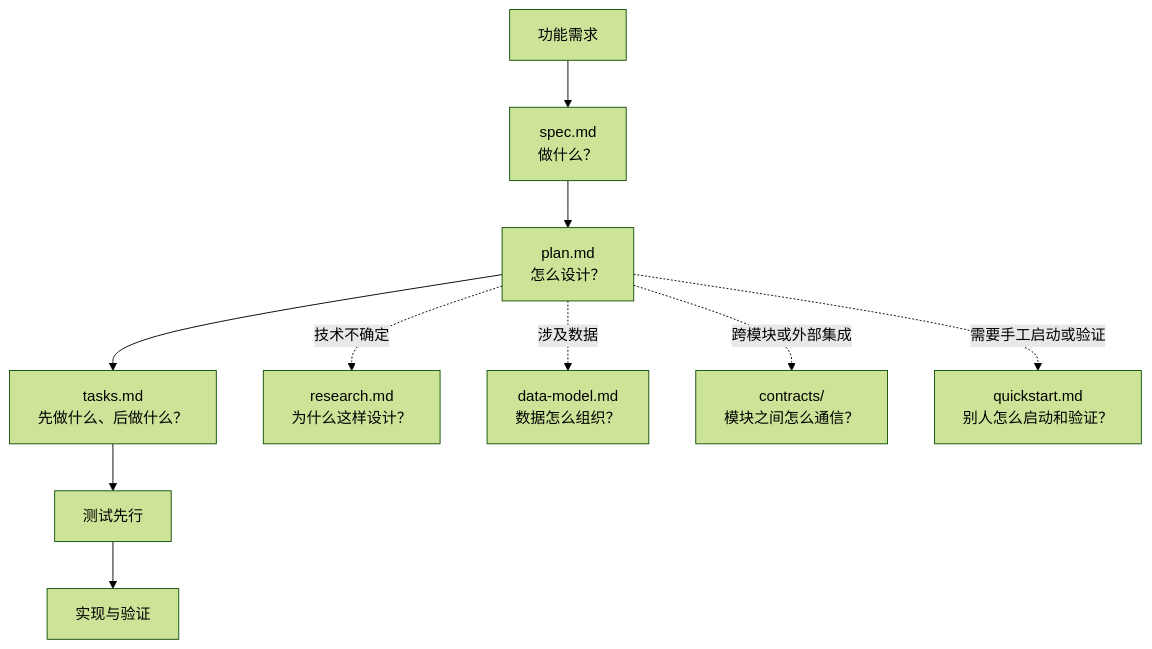
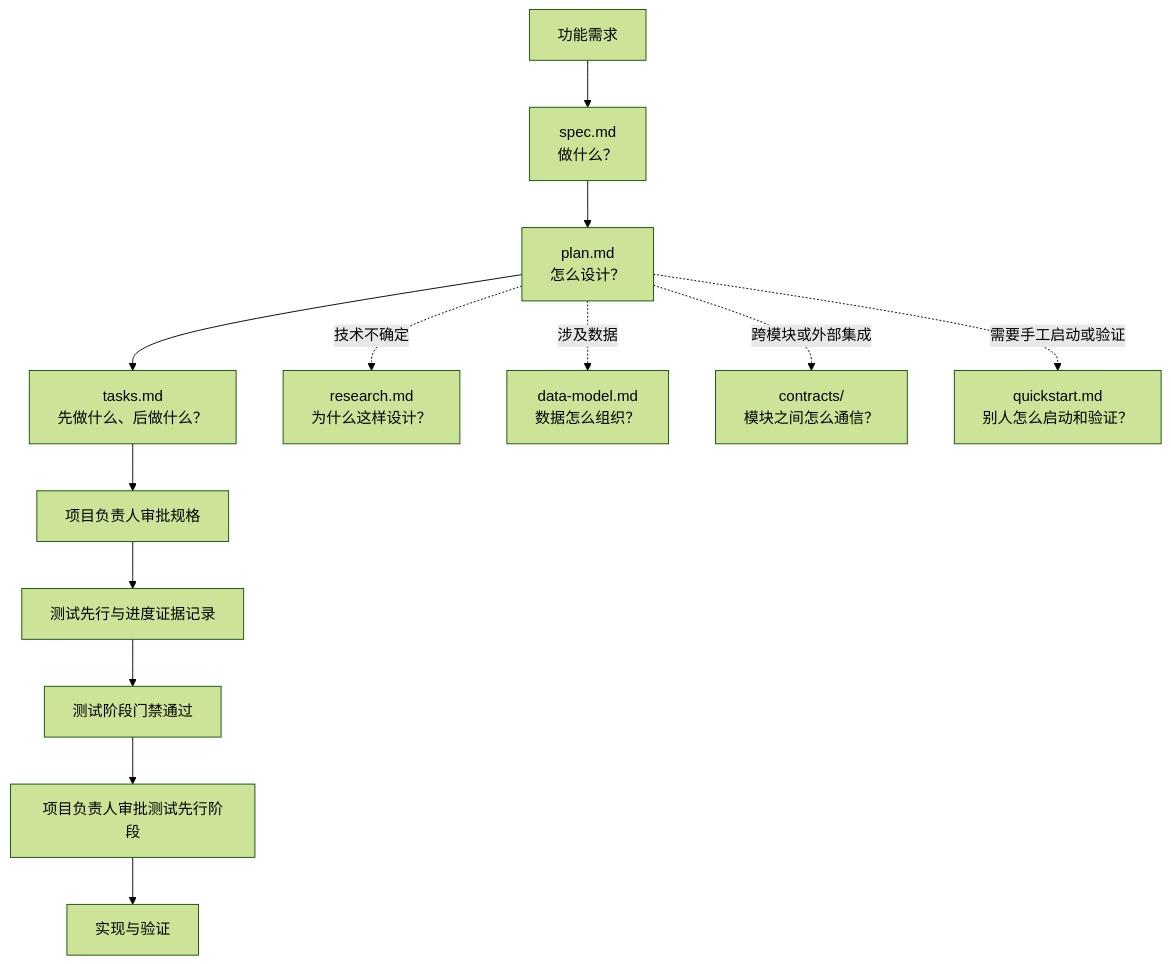
Before and after one commit to yxyxy666/export-flow: the diagram in README.md, drawn with Mermaid (forest theme). The commit also changed other lines of this file and 8 other files, not shown here.

````diff
--- a/README.md
+++ b/README.md
@@ -97,13 +98,16 @@
 ```mermaid
 flowchart TD
     A[功能需求] --> B[spec.md<br/>做什么？]
     B --> C[plan.md<br/>怎么设计？]
     C --> D[tasks.md<br/>先做什么、后做什么？]
-    D --> E[测试先行]
-    E --> F[实现与验证]
+    D --> G[项目负责人审批规格]
+    G --> E[测试先行与进度证据记录]
+    E --> J[测试阶段门禁通过]
+    J --> H[项目负责人审批测试先行阶段]
+    H --> F[实现与验证]
 
     C -. 技术不确定 .-> R[research.md<br/>为什么这样设计？]
     C -. 涉及数据 .-> M[data-model.md<br/>数据怎么组织？]
     C -. 跨模块或外部集成 .-> K[contracts/<br/>模块之间怎么通信？]
     C -. 需要手工启动或验证 .-> Q[quickstart.md<br/>别人怎么启动和验证？]
 ```
````
